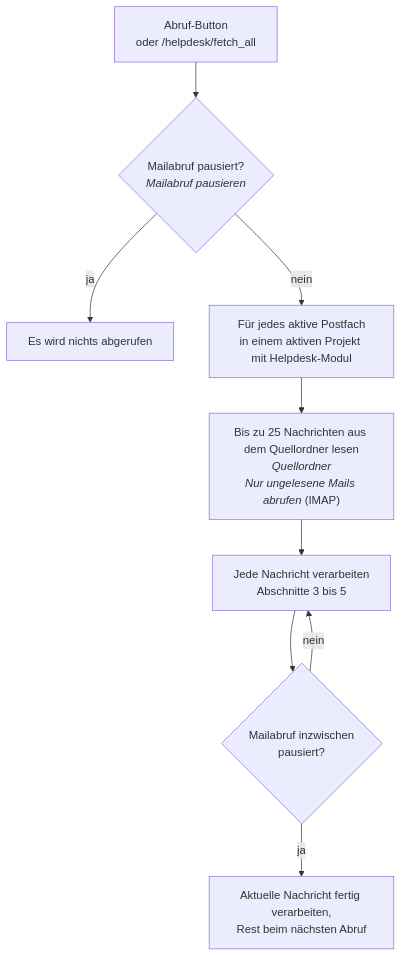
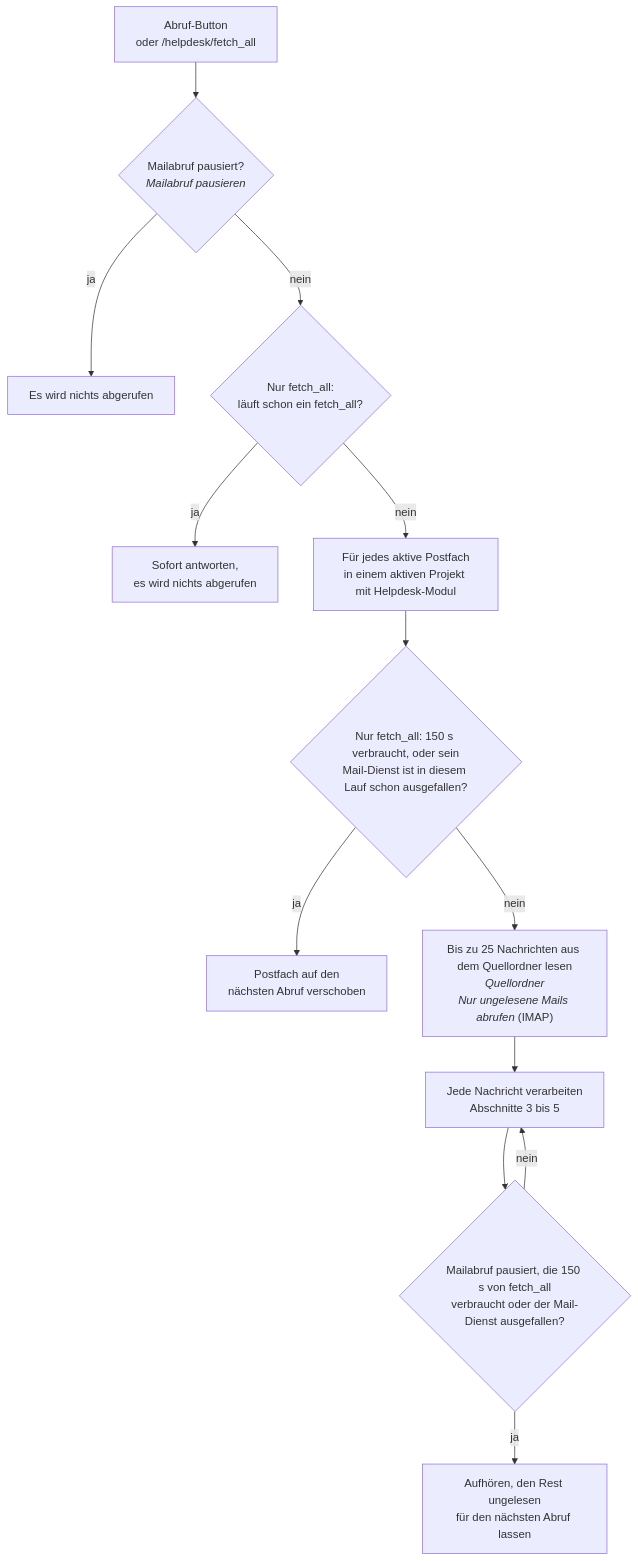
One commit to expertZentrale/redmine_expert_helpdesk changed the third of 11 diagrams in EMAIL_FLOW.de.md. Above: the diagram before and after it, drawn with Mermaid. The commit also changed other lines of this file and 19 other files, not shown here.

````diff
--- a/EMAIL_FLOW.de.md
+++ b/EMAIL_FLOW.de.md
@@ -70,11 +71,15 @@
 ```mermaid
 flowchart TD
   T["Abruf-Button<br/>oder /helpdesk/fetch_all"] --> M{"Mailabruf pausiert?<br/><i>Mailabruf pausieren</i>"}
   M -- ja --> X["Es wird nichts abgerufen"]
-  M -- nein --> L["Für jedes aktive Postfach<br/>in einem aktiven Projekt mit Helpdesk-Modul"]
-  L --> Q["Bis zu 25 Nachrichten aus dem Quellordner lesen<br/><i>Quellordner</i><br/><i>Nur ungelesene Mails abrufen</i> (IMAP)"]
+  M -- nein --> K{"Nur fetch_all:<br/>läuft schon ein fetch_all?"}
+  K -- ja --> KS["Sofort antworten,<br/>es wird nichts abgerufen"]
+  K -- nein --> L["Für jedes aktive Postfach<br/>in einem aktiven Projekt mit Helpdesk-Modul"]
+  L --> G{"Nur fetch_all: 150 s verbraucht, oder sein<br/>Mail-Dienst ist in diesem Lauf schon ausgefallen?"}
+  G -- ja --> DF["Postfach auf den<br/>nächsten Abruf verschoben"]
+  G -- nein --> Q["Bis zu 25 Nachrichten aus dem Quellordner lesen<br/><i>Quellordner</i><br/><i>Nur ungelesene Mails abrufen</i> (IMAP)"]
   Q --> E["Jede Nachricht verarbeiten<br/>Abschnitte 3 bis 5"]
-  E --> W{"Mailabruf inzwischen<br/>pausiert?"}
-  W -- ja --> STOP["Aktuelle Nachricht fertig verarbeiten,<br/>Rest beim nächsten Abruf"]
+  E --> W{"Mailabruf pausiert, die 150 s von fetch_all<br/>verbraucht oder der Mail-Dienst ausgefallen?"}
+  W -- ja --> STOP["Aufhören, den Rest ungelesen<br/>für den nächsten Abruf lassen"]
   W -- nein --> E
 ```
````
